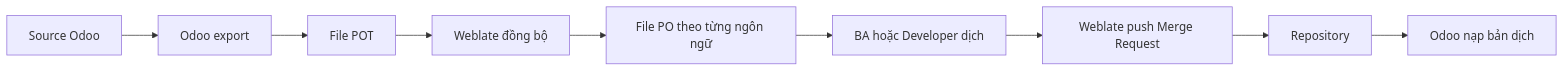
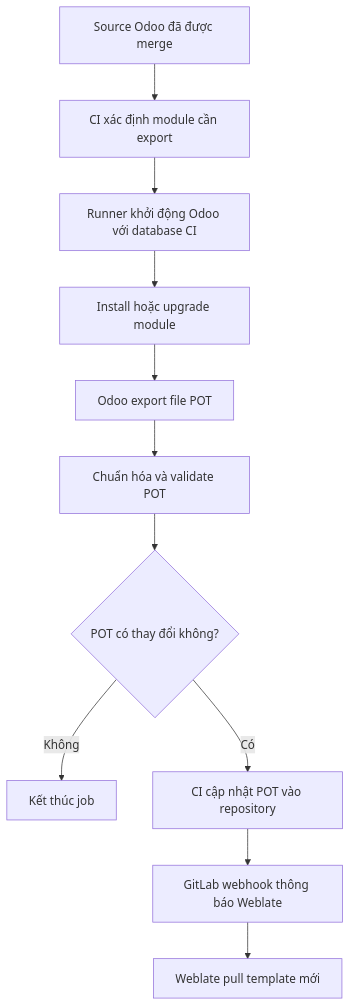
One commit to linh404/VDX-intern changed the second of 4 diagrams in weblate/README.md. Above: the diagram before and after it, drawn with Mermaid. The commit also changed other lines of this file, not shown here.

````diff
--- a/weblate/README.md
+++ b/weblate/README.md
@@ -165,21 +349,25 @@
 ```mermaid
-flowchart LR
-    A[Source Odoo]
-    B[Odoo export]
-    C[File POT]
-    D[Weblate đồng bộ]
-    E[File PO theo từng ngôn ngữ]
-    F[BA hoặc Developer dịch]
-    G[Weblate push Merge Request]
-    H[Repository]
-    I[Odoo nạp bản dịch]
+flowchart TD
+    A[Source Odoo đã được merge]
+    B[CI xác định module cần export]
+    C[Runner khởi động Odoo với database CI]
+    D[Install hoặc upgrade module]
+    E[Odoo export file POT]
+    F[Chuẩn hóa và validate POT]
+    G{POT có thay đổi không?}
+    H[Kết thúc job]
+    I[CI cập nhật POT vào repository]
+    J[GitLab webhook thông báo Weblate]
+    K[Weblate pull template mới]
 
     A --> B
     B --> C
     C --> D
     D --> E
     E --> F
     F --> G
-    G --> H
-    H --> I
+    G -- Không --> H
+    G -- Có --> I
+    I --> J
+    J --> K
 ```
````
